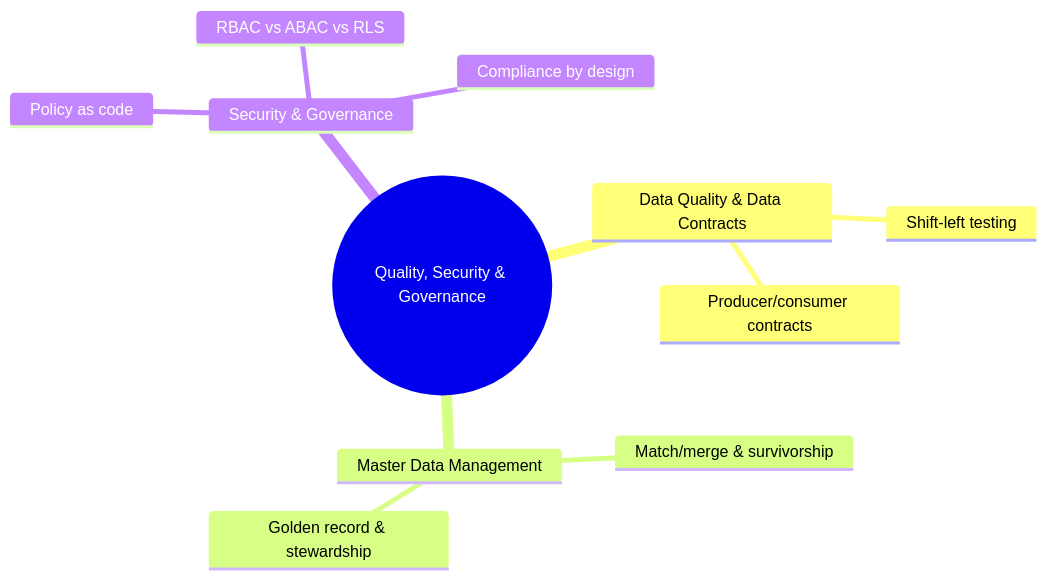
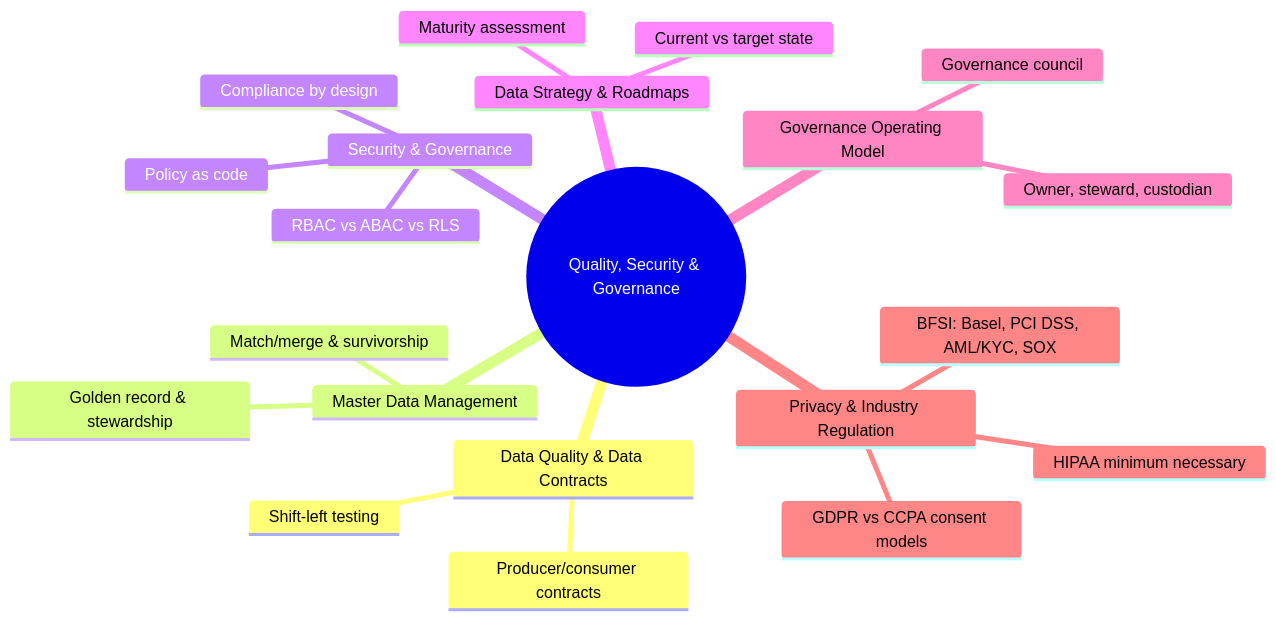
Before and after one commit to DataTechBridge-Projects/data-architecture-field-guide: the diagram in 09-quality-security-and-governance/index.md, drawn with Mermaid. The commit also changed other lines of this file and 5 other files, not shown here.

First line of the commit message:
Add data strategy, governance operating model, and BFSI/privacy regulation topics to Group 9

````diff
--- a/09-quality-security-and-governance/index.md
+++ b/09-quality-security-and-governance/index.md
@@ -13,14 +13,24 @@
 ```mermaid
 mindmap
   root((Quality, Security & Governance))
     Data Quality & Data Contracts
       Shift-left testing
       Producer/consumer contracts
     Master Data Management
       Match/merge & survivorship
       Golden record & stewardship
     Security & Governance
       RBAC vs ABAC vs RLS
       Policy as code
       Compliance by design
+    Data Strategy & Roadmaps
+      Maturity assessment
+      Current vs target state
+    Governance Operating Model
+      Owner, steward, custodian
+      Governance council
+    Privacy & Industry Regulation
+      GDPR vs CCPA consent models
+      HIPAA minimum necessary
+      BFSI: Basel, PCI DSS, AML/KYC, SOX
 ```
````
